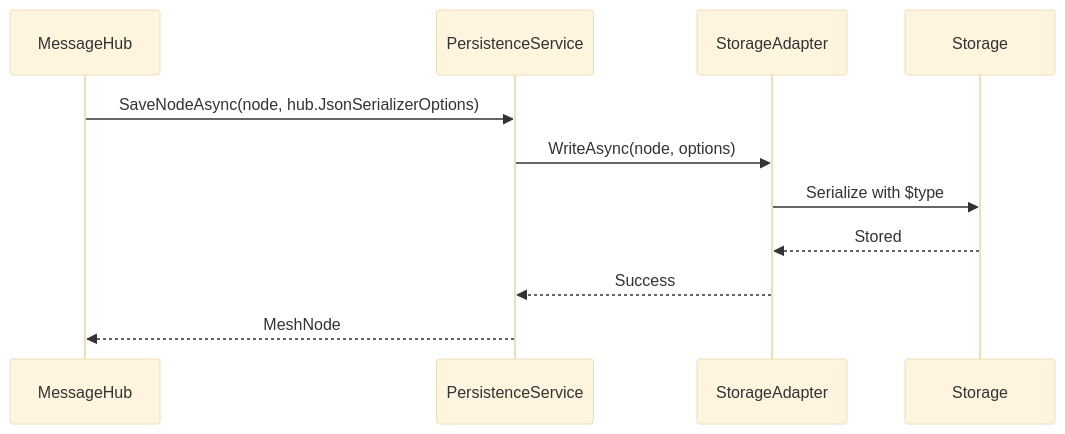
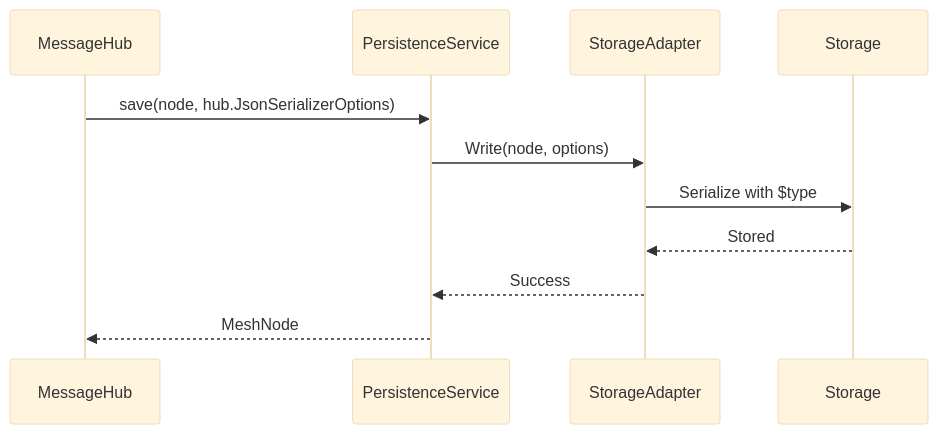
One commit to Systemorph/MeshWeaver changed the second of 2 diagrams in src/MeshWeaver.Documentation/Data/Architecture/Serialization.md. Above: the diagram before and after it, drawn with Mermaid (base theme). The commit also changed other lines of this file and 74 other files, not shown here.

First line of the commit message:
Checkpoint the in-flight Architecture accuracy sweep

````diff
--- a/src/MeshWeaver.Documentation/Data/Architecture/Serialization.md
+++ b/src/MeshWeaver.Documentation/Data/Architecture/Serialization.md
@@ -67,14 +67,14 @@
 ```mermaid
 sequenceDiagram
     participant Hub as MessageHub
     participant PS as PersistenceService
     participant SA as StorageAdapter
     participant Store as Storage
 
-    Hub->>PS: SaveNodeAsync(node, hub.JsonSerializerOptions)
-    PS->>SA: WriteAsync(node, options)
+    Hub->>PS: save(node, hub.JsonSerializerOptions)
+    PS->>SA: Write(node, options)
     SA->>Store: Serialize with $type
     Store-->>SA: Stored
     SA-->>PS: Success
     PS-->>Hub: MeshNode
 ```
````
